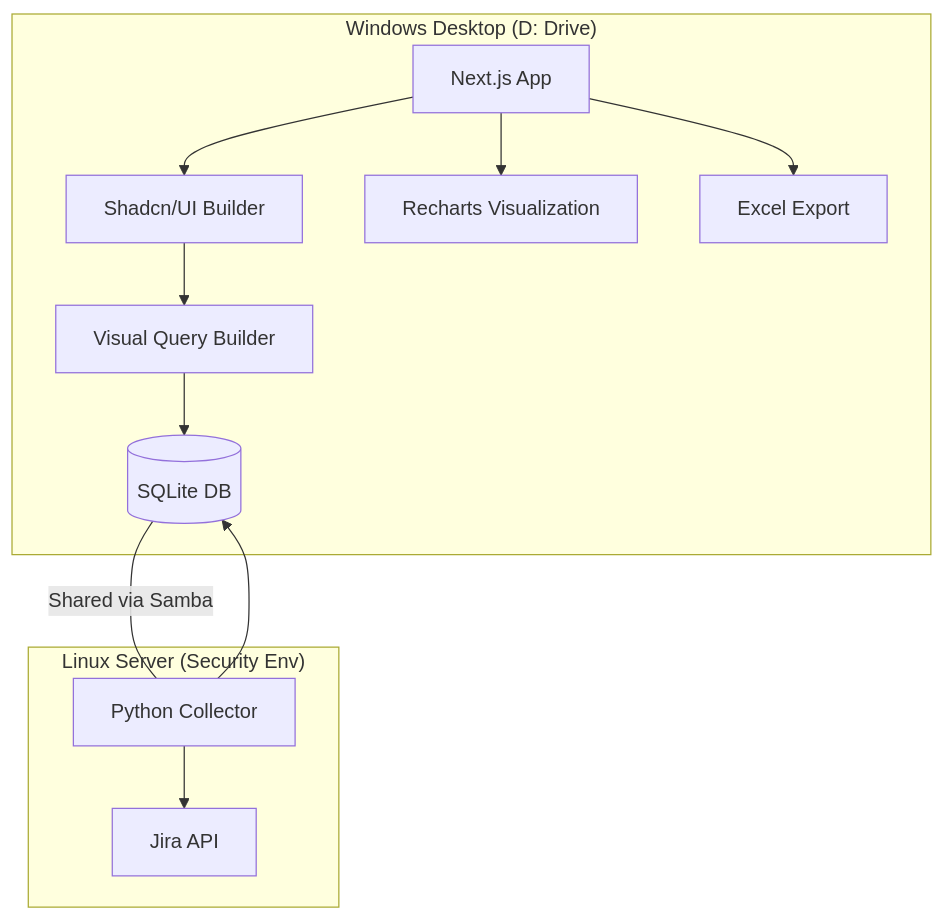
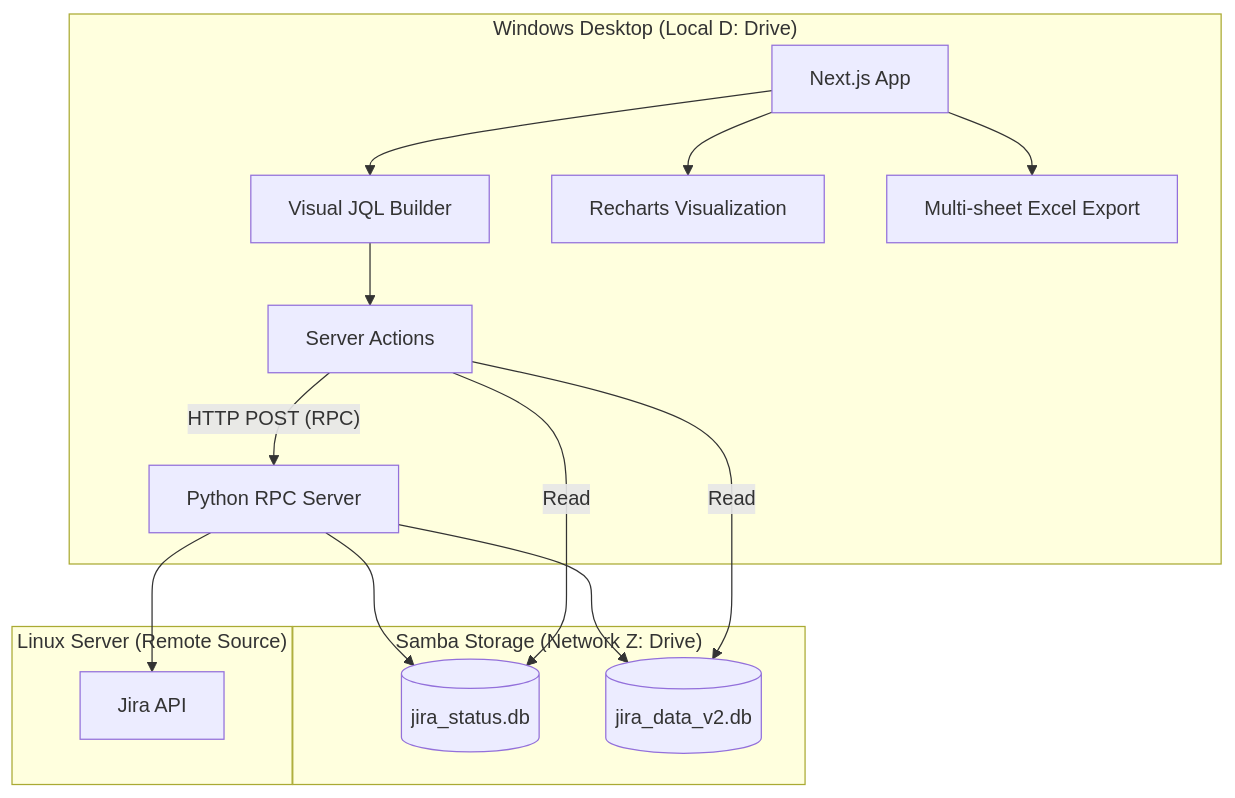
Before and after one commit to mobilitylab-claude/pmworks: the diagram in design_spec.md, drawn with Mermaid. The commit also changed other lines of this file and 1 other file, not shown here.

````diff
--- a/design_spec.md
+++ b/design_spec.md
@@ -3,17 +3,24 @@
 ```mermaid
 graph TD
-    subgraph "Windows Desktop (D: Drive)"
-        A[Next.js App] --> B[Shadcn/UI Builder]
-        B --> C[Visual Query Builder]
-        C --> D[(SQLite DB)]
+    subgraph "Windows Desktop (Local D: Drive)"
+        A[Next.js App] --> B[Visual JQL Builder]
+        B --> C[Server Actions]
+        C -- "HTTP POST (RPC)" --> D[Python RPC Server]
         A --> E[Recharts Visualization]
-        A --> F[Excel Export]
+        A --> F[Multi-sheet Excel Export]
     end
 
-    subgraph "Linux Server (Security Env)"
-        G[Python Collector] --> D
-        G --> H[Jira API]
+    subgraph "Samba Storage (Network Z: Drive)"
+        G[(jira_status.db)]
+        H[(jira_data_v2.db)]
     end
 
-    D -- "Shared via Samba" --- G
+    subgraph "Linux Server (Remote Source)"
+        D --> I[Jira API]
+        D --> G
+        D --> H
+    end
+
+    C -- "Read" --> G
+    C -- "Read" --> H
 ```
````
